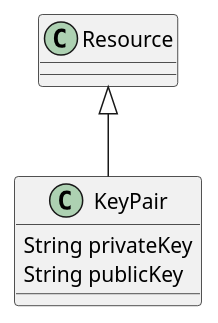
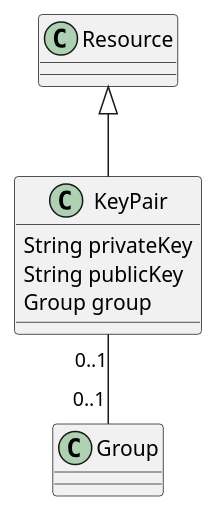
The diagram in Use cases/KeyPair/model.puml (kathra-project/specifications), drawn with PlantUML before and after one commit. The commit also changed 26 other files, not shown here.

```diff
--- a/Use cases/KeyPair/model.puml
+++ b/Use cases/KeyPair/model.puml
@@ -1,7 +1,9 @@
 @startuml
 class KeyPair {
   String privateKey
   String publicKey
+  Group group
 }
 Resource <|-- KeyPair
+KeyPair  "0..1" -- "0..1" Group
 @enduml
```
